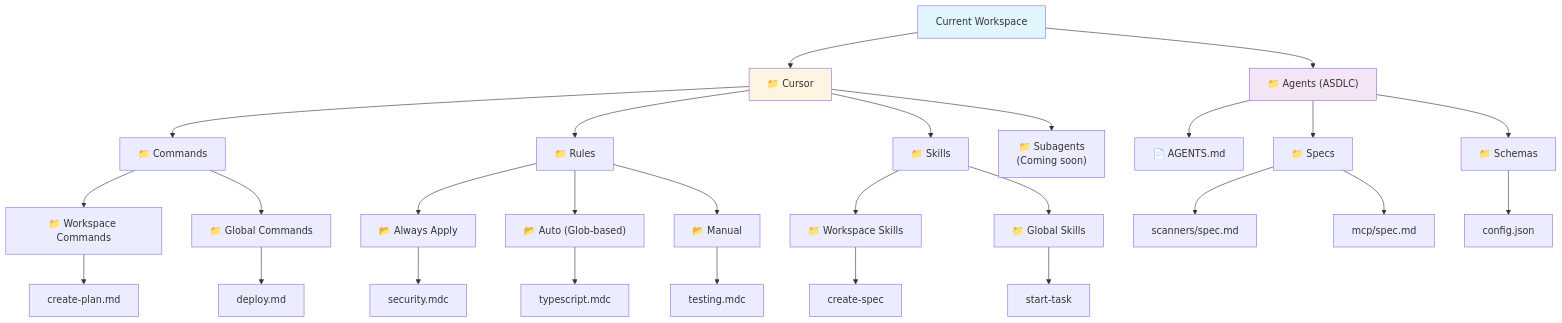
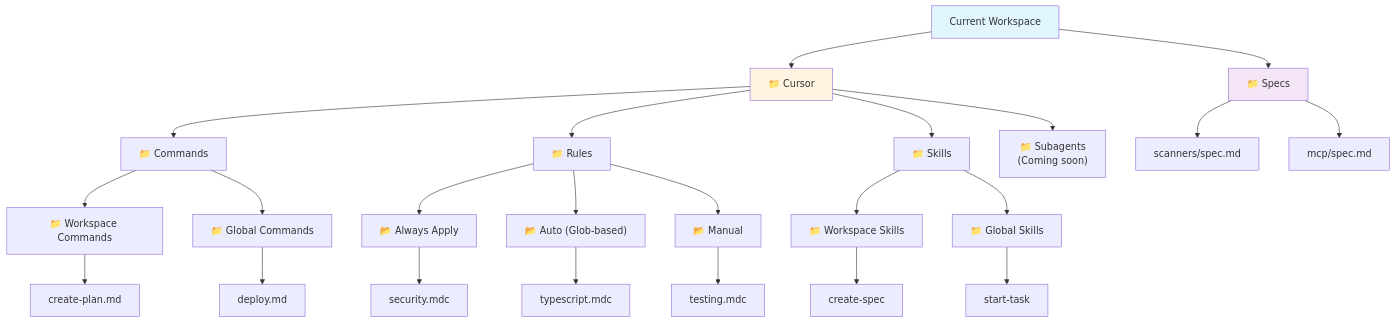
The diagram in specs/providers/spec.md (fancy-bread/agent-context-explorer), drawn with Mermaid before and after one commit. The commit also changed other lines of this file and 20 other files, not shown here.

First line of the commit message:
feat: MCP list_agents and get_agent; flatten Workspaces Specs tree (FB-122)

````diff
--- a/specs/providers/spec.md
+++ b/specs/providers/spec.md
@@ -23,71 +23,63 @@
 ```mermaid
 graph TB
     Root["Current Workspace"]
     Cursor["📁 Cursor"]
-    Agents["📁 Agents (ASDLC)"]
+    SpecsRoot["📁 Specs"]
     
     Commands["📁 Commands"]
     Rules["📁 Rules"]
     Skills["📁 Skills"]
     Subagents["📁 Subagents<br/>(Coming soon)"]
     
     CmdWorkspace["📁 Workspace Commands"]
     CmdGlobal["📁 Global Commands"]
     CmdFile1["create-plan.md"]
     CmdFile2["deploy.md"]
     
     RulesAlways["📂 Always Apply"]
     RulesAuto["📂 Auto (Glob-based)"]
     RulesManual["📂 Manual"]
     RuleFile1["security.mdc"]
     RuleFile2["typescript.mdc"]
     RuleFile3["testing.mdc"]
     
     SkillsWorkspace["📁 Workspace Skills"]
     SkillsGlobal["📁 Global Skills"]
     SkillFile1["create-spec"]
     SkillFile2["start-task"]
     
-    AgentsMd["📄 AGENTS.md"]
-    Specs["📁 Specs"]
-    Schemas["📁 Schemas"]
     SpecFile1["scanners/spec.md"]
     SpecFile2["mcp/spec.md"]
-    SchemaFile["config.json"]
     
     Root --> Cursor
-    Root --> Agents
+    Root --> SpecsRoot
     
     Cursor --> Commands
     Cursor --> Rules
     Cursor --> Skills
     Cursor --> Subagents
     
     Commands --> CmdWorkspace
     Commands --> CmdGlobal
     CmdWorkspace --> CmdFile1
     CmdGlobal --> CmdFile2
     
     Rules --> RulesAlways
     Rules --> RulesAuto
     Rules --> RulesManual
     RulesAlways --> RuleFile1
     RulesAuto --> RuleFile2
     RulesManual --> RuleFile3
     
     Skills --> SkillsWorkspace
     Skills --> SkillsGlobal
     SkillsWorkspace --> SkillFile1
     SkillsGlobal --> SkillFile2
     
-    Agents --> AgentsMd
-    Agents --> Specs
-    Agents --> Schemas
-    Specs --> SpecFile1
-    Specs --> SpecFile2
-    Schemas --> SchemaFile
+    SpecsRoot --> SpecFile1
+    SpecsRoot --> SpecFile2
     
     style Root fill:#e1f5ff
     style Cursor fill:#fff4e1
-    style Agents fill:#f3e5f5
+    style SpecsRoot fill:#f3e5f5
 ```
````
